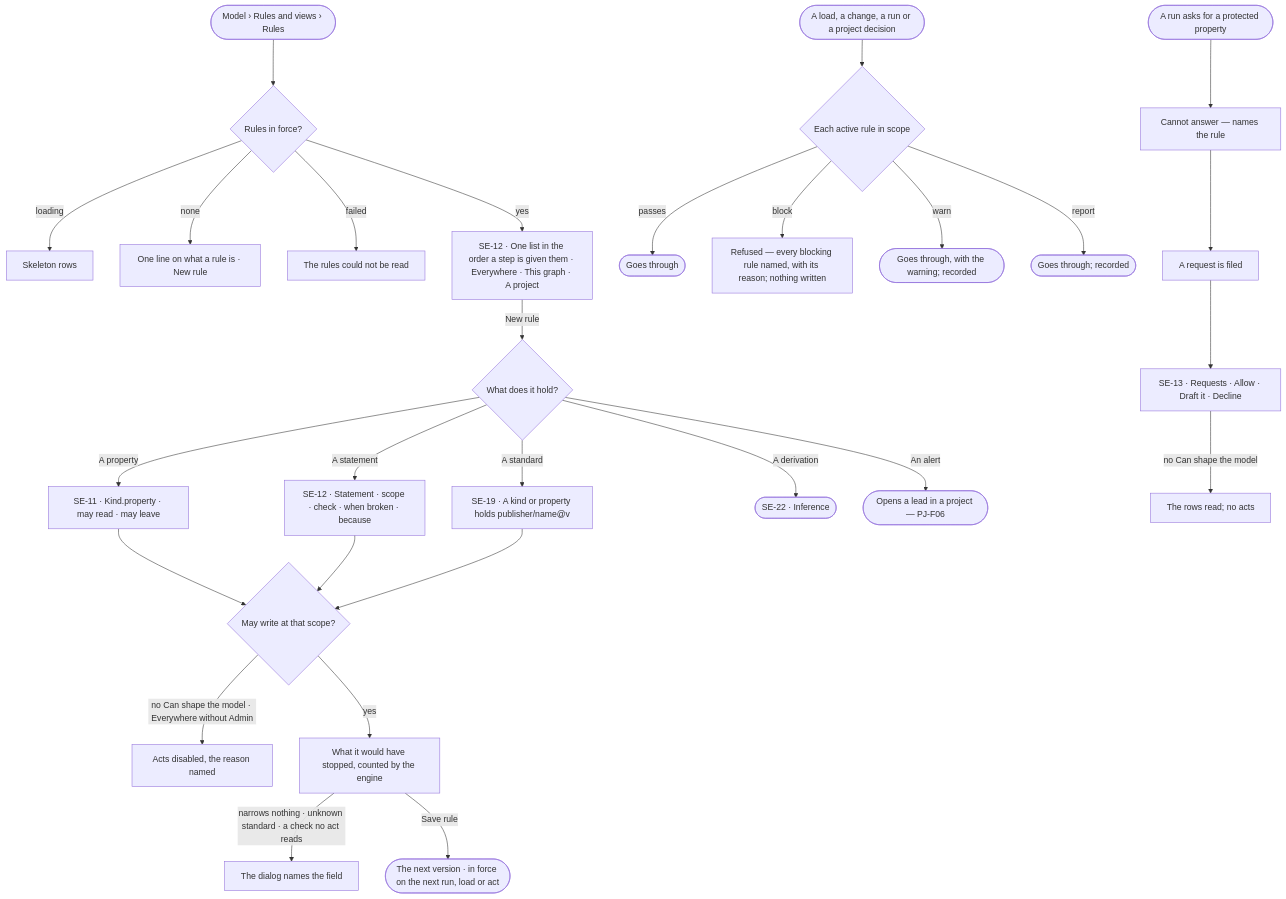
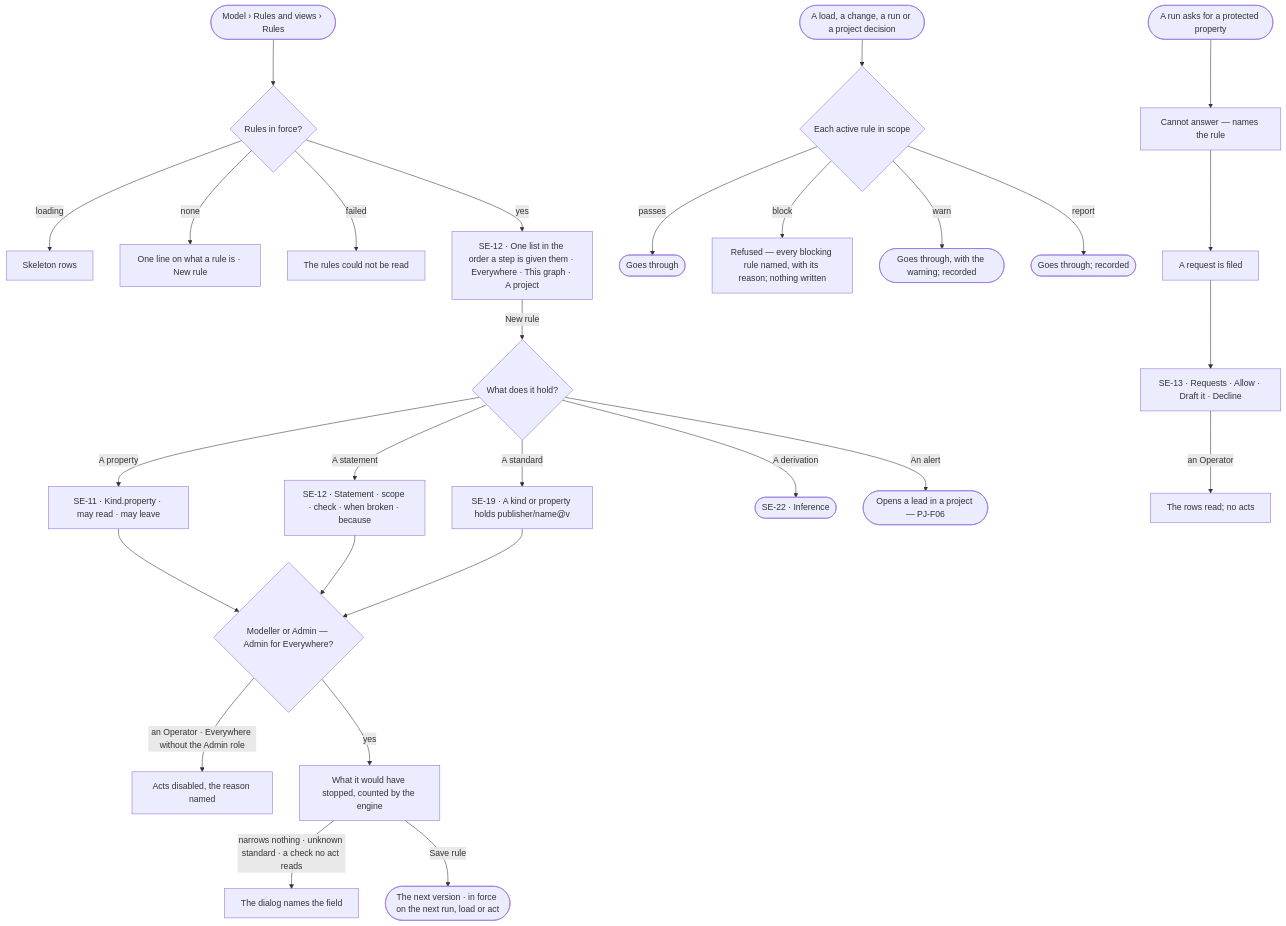
The diagram in specs/capabilities/semantics/features/SE-F07-rules/feature.md (invana/invana), drawn with Mermaid before and after one commit. The commit also changed other lines of this file and 300 other files, not shown here.

````diff
--- a/specs/capabilities/semantics/features/SE-F07-rules/feature.md
+++ b/specs/capabilities/semantics/features/SE-F07-rules/feature.md
@@ -24,29 +24,29 @@
 ```mermaid
 flowchart TD
   start([Model › Rules and views › Rules]) --> l{Rules in force?}
   l -->|loading| sk["Skeleton rows"]
   l -->|none| e["One line on what a rule is · New rule"]
   l -->|failed| f["The rules could not be read"]
   l -->|yes| list["SE-12 · One list in the order a step is given them · Everywhere · This graph · A project"]
   list -->|New rule| kind{What does it hold?}
   kind -->|A property| prop["SE-11 · Kind.property · may read · may leave"]
   kind -->|A statement| dlg["SE-12 · Statement · scope · check · when broken · because"]
   kind -->|A standard| std["SE-19 · A kind or property holds publisher/name@v"]
   kind -->|A derivation| der(["SE-22 · Inference"])
   kind -->|An alert| al(["Opens a lead in a project — PJ-F06"])
-  prop --> may{May write at that scope?}
+  prop --> may{Modeller or Admin — Admin for Everywhere?}
   dlg --> may
   std --> may
-  may -->|no Can shape the model · Everywhere without Admin| na["Acts disabled, the reason named"]
+  may -->|an Operator · Everywhere without the Admin role| na["Acts disabled, the reason named"]
   may -->|yes| imp["What it would have stopped, counted by the engine"]
   imp -->|narrows nothing · unknown standard · a check no act reads| bad["The dialog names the field"]
   imp -->|Save rule| saved(["The next version · in force on the next run, load or act"])
   act([A load, a change, a run or a project decision]) --> chk{Each active rule in scope}
   chk -->|passes| go(["Goes through"])
   chk -->|block| stop["Refused — every blocking rule named, with its reason; nothing written"]
   chk -->|warn| warn(["Goes through, with the warning; recorded"])
   chk -->|report| rep(["Goes through; recorded"])
   run([A run asks for a protected property]) --> ca["Cannot answer — names the rule"] --> file["A request is filed"]
   file --> q["SE-13 · Requests · Allow · Draft it · Decline"]
-  q -->|no Can shape the model| qr["The rows read; no acts"]
+  q -->|an Operator| qr["The rows read; no acts"]
 ```
````
